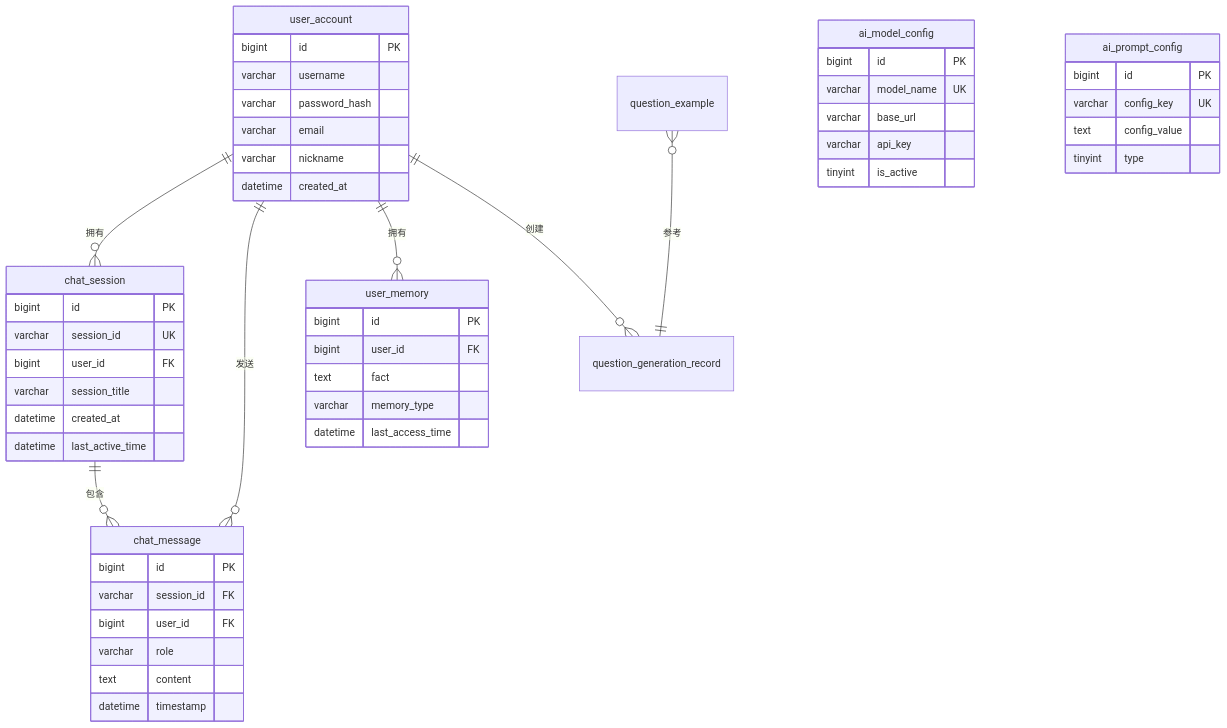
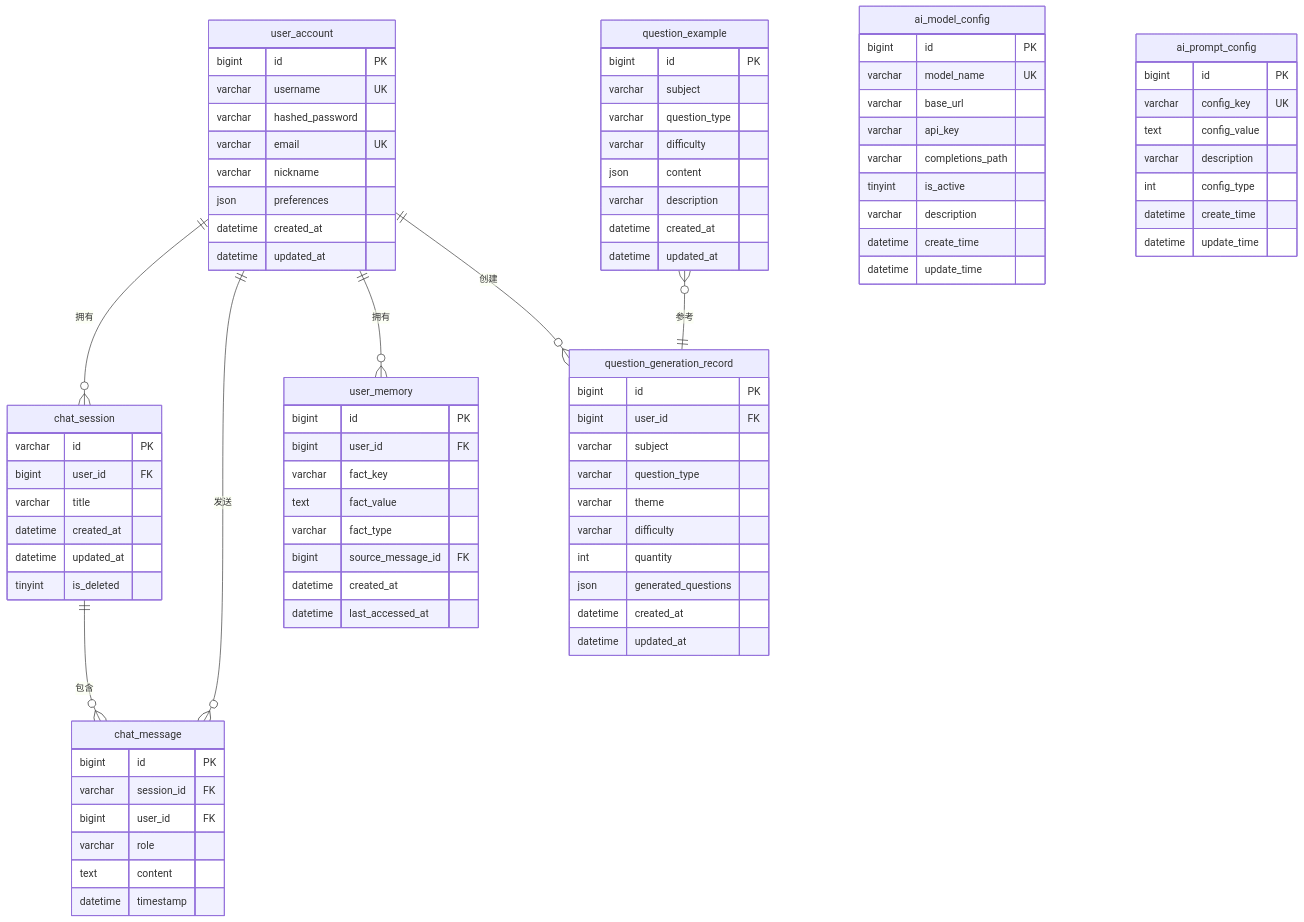
Before and after one commit to N1etZsch3/Novi: the diagram in docs/02-架构设计/数据库设计文档.md, drawn with Mermaid. The commit also changed other lines of this file and 2 other files, not shown here.

````diff
--- a/docs/02-架构设计/数据库设计文档.md
+++ b/docs/02-架构设计/数据库设计文档.md
@@ -20,20 +20,22 @@
     
     user_account {
         bigint id PK
-        varchar username
-        varchar password_hash
-        varchar email
+        varchar username UK
+        varchar hashed_password
+        varchar email UK
         varchar nickname
+        json preferences
         datetime created_at
+        datetime updated_at
     }
     
     chat_session {
-        bigint id PK
-        varchar session_id UK
+        varchar id PK
         bigint user_id FK
-        varchar session_title
+        varchar title
         datetime created_at
-        datetime last_active_time
+        datetime updated_at
+        tinyint is_deleted
     }
     
     chat_message {
@@ -48,9 +50,12 @@
     user_memory {
         bigint id PK
         bigint user_id FK
-        text fact
-        varchar memory_type
-        datetime last_access_time
+        varchar fact_key
+        text fact_value
+        varchar fact_type
+        bigint source_message_id FK
+        datetime created_at
+        datetime last_accessed_at
     }
     
     ai_model_config {
@@ -58,13 +63,44 @@
         varchar model_name UK
         varchar base_url
         varchar api_key
+        varchar completions_path
         tinyint is_active
+        varchar description
+        datetime create_time
+        datetime update_time
     }
     
     ai_prompt_config {
         bigint id PK
         varchar config_key UK
         text config_value
-        tinyint type
+        varchar description
+        int config_type
+        datetime create_time
+        datetime update_time
+    }
+    
+    question_example {
+        bigint id PK
+        varchar subject
+        varchar question_type
+        varchar difficulty
+        json content
+        varchar description
+        datetime created_at
+        datetime updated_at
+    }
+    
+    question_generation_record {
+        bigint id PK
+        bigint user_id FK
+        varchar subject
+        varchar question_type
+        varchar theme
+        varchar difficulty
+        int quantity
+        json generated_questions
+        datetime created_at
+        datetime updated_at
     }
 ```
````
